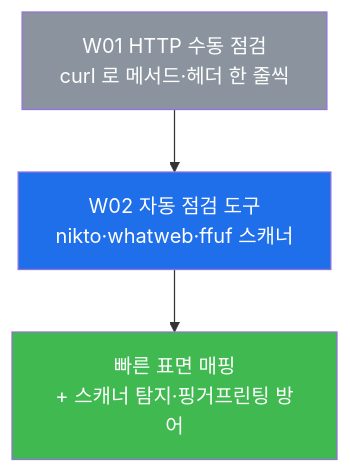
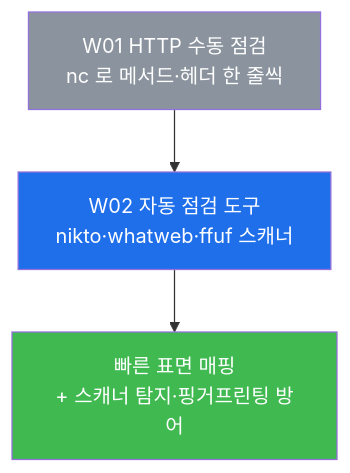
Before and after one commit to mrgrit/tw2: the ninth of 9 diagrams in contents/training/web-vuln/lecture_week01.md, drawn with Mermaid. The commit also changed other lines of this file and 45 other files, not shown here.

````diff
--- a/contents/training/web-vuln/lecture_week01.md
+++ b/contents/training/web-vuln/lecture_week01.md
@@ -627,10 +627,10 @@
 ```mermaid
 graph TD
-    W01["W01 HTTP 수동 점검<br/>curl 로 메서드·헤더 한 줄씩"]
+    W01["W01 HTTP 수동 점검<br/>nc 로 메서드·헤더 한 줄씩"]
     W02["W02 자동 점검 도구<br/>nikto·whatweb·ffuf 스캐너"]
     NEXT["빠른 표면 매핑<br/>+ 스캐너 탐지·핑거프린팅 방어"]
     W01 --> W02 --> NEXT
     style W01 fill:#8b949e,color:#fff
     style W02 fill:#1f6feb,color:#fff
     style NEXT fill:#3fb950,color:#fff
 ```
````
